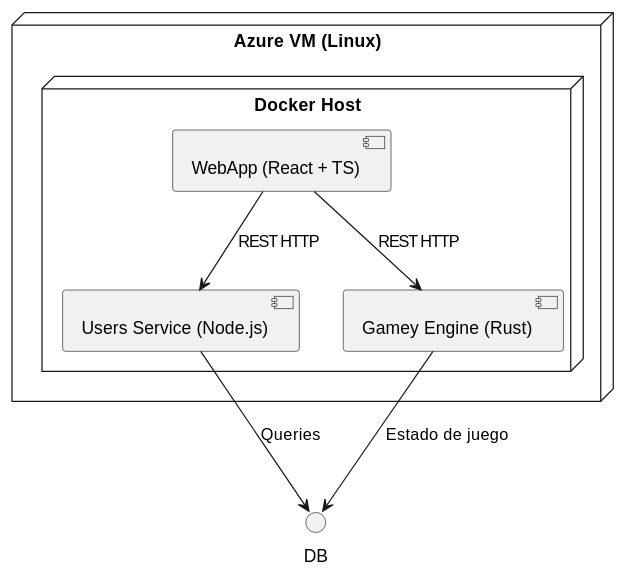
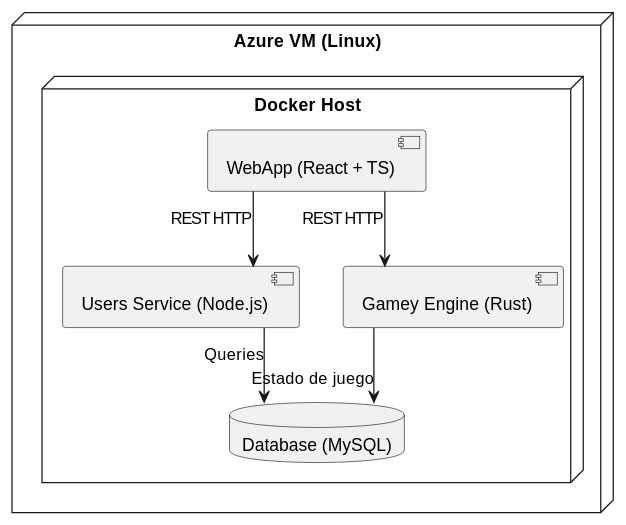
One commit to Arquisoft/yovi_es4c changed the second of 2 diagrams in docs/src/07_deployment_view.adoc. Above: the diagram before and after it, drawn with PlantUML. The commit also changed other lines of this file and 2 other files, not shown here.

Commit message:
Pequeños cambios documentación

```diff
--- a/docs/src/07_deployment_view.adoc
+++ b/docs/src/07_deployment_view.adoc
@@ -123,16 +123,22 @@
 [plantuml, "Docker Host Deployment", png]
 ----
 @startuml
+skinparam shadowing false
+skinparam linetype ortho
+
 node "Azure VM (Linux)" as VM {
     node "Docker Host" as DockerHost {
         component "WebApp (React + TS)" as WebApp
         component "Users Service (Node.js)" as UsersService
         component "Gamey Engine (Rust)" as Gamey
+        database "Database (MySQL)" as DB
     }
 }
-WebApp --> UsersService: REST HTTP
-WebApp --> Gamey: REST HTTP
-UsersService --> DB: Queries
-Gamey --> DB: Estado de juego
+
+WebApp --> UsersService : REST HTTP
+WebApp --> Gamey : REST HTTP
+UsersService --> DB : Queries
+Gamey --> DB : Estado de juego
+
 @enduml
 ----
```
